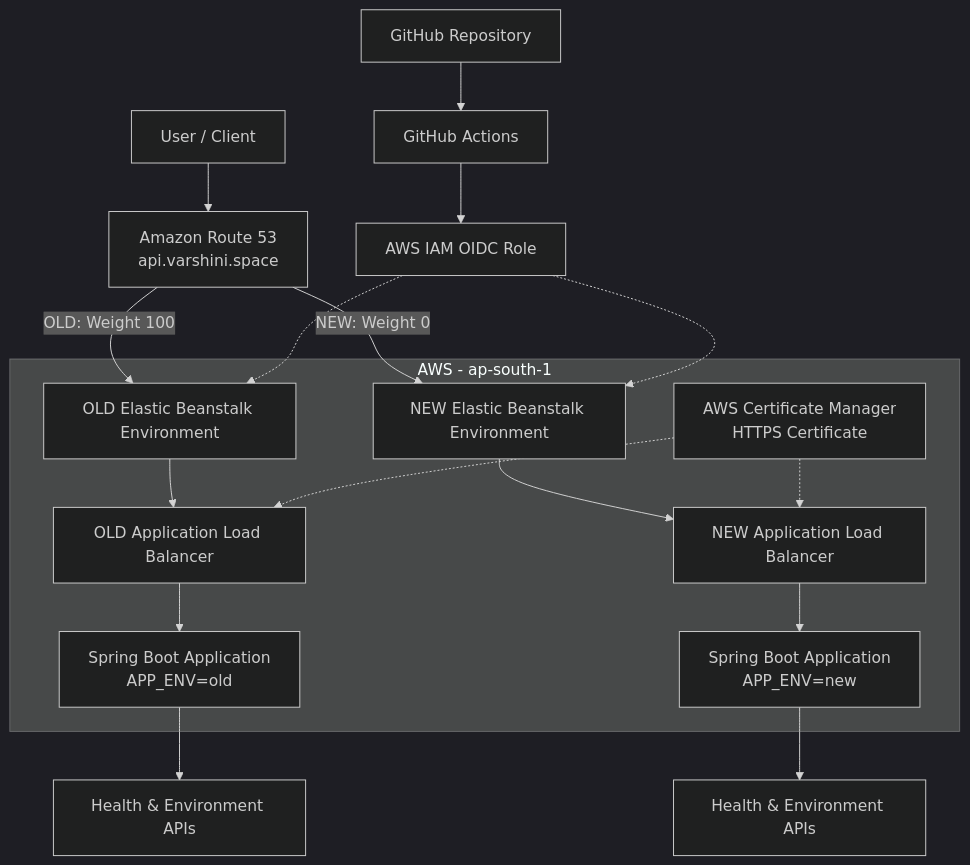
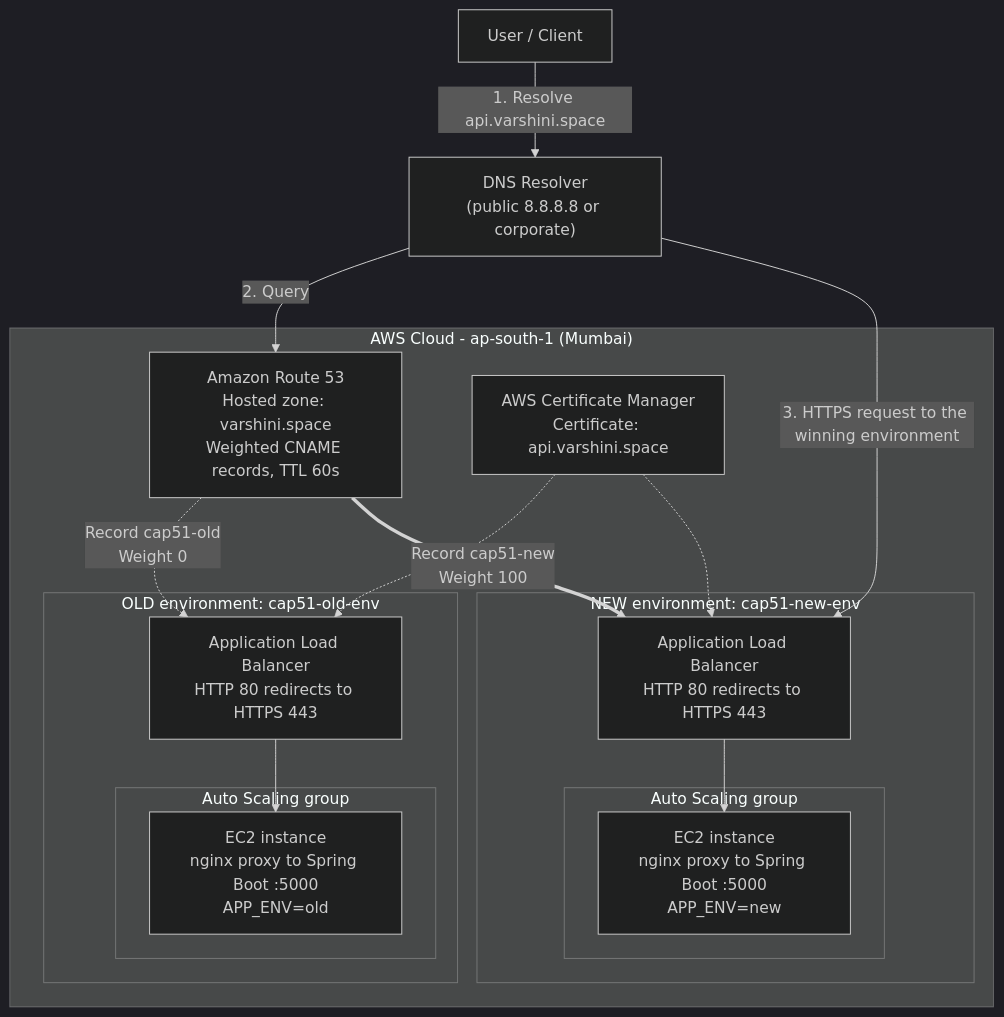
Before and after one commit to AlaguVarshini118/CAP-51: the first of 3 diagrams in README.md, drawn with Mermaid (dark theme). The commit also changed other lines of this file, not shown here.

````diff
--- a/README.md
+++ b/README.md
@@ -13,27 +39,35 @@
 ```mermaid
 flowchart TB
-    U["User / Client"] --> R53["Amazon Route 53<br/>api.varshini.space"]
+    User["User / Client"] -->|"1. Resolve api.varshini.space"| Resolver["DNS Resolver<br/>(public 8.8.8.8 or corporate)"]
+    Resolver -->|"2. Query"| R53
 
-    R53 -->|OLD: Weight 100| OLD["OLD Elastic Beanstalk Environment"]
-    R53 -->|NEW: Weight 0| NEW["NEW Elastic Beanstalk Environment"]
+    subgraph AWS["AWS Cloud - ap-south-1 (Mumbai)"]
+        R53["Amazon Route 53<br/>Hosted zone: varshini.space<br/>Weighted CNAME records, TTL 60s"]
 
-    subgraph AWS["AWS - ap-south-1"]
-        OLD --> ALB1["OLD Application Load Balancer"]
-        NEW --> ALB2["NEW Application Load Balancer"]
+        ACM["AWS Certificate Manager<br/>Certificate: api.varshini.space"]
 
-        ALB1 --> APP1["Spring Boot Application<br/>APP_ENV=old"]
-        ALB2 --> APP2["Spring Boot Application<br/>APP_ENV=new"]
+        subgraph OLDENV["OLD environment: cap51-old-env"]
+            OLDALB["Application Load Balancer<br/>HTTP 80 redirects to HTTPS 443"]
+            subgraph OLDASG["Auto Scaling group"]
+                OLDEC2["EC2 instance<br/>nginx proxy to Spring Boot :5000<br/>APP_ENV=old"]
+            end
+            OLDALB --> OLDEC2
+        end
 
-        ACM["AWS Certificate Manager<br/>HTTPS Certificate"]
-        ACM -.-> ALB1
-        ACM -.-> ALB2
+        subgraph NEWENV["NEW environment: cap51-new-env"]
+            NEWALB["Application Load Balancer<br/>HTTP 80 redirects to HTTPS 443"]
+            subgraph NEWASG["Auto Scaling group"]
+                NEWEC2["EC2 instance<br/>nginx proxy to Spring Boot :5000<br/>APP_ENV=new"]
+            end
+            NEWALB --> NEWEC2
+        end
+
+        R53 -.->|"Record cap51-old<br/>Weight 0"| OLDALB
+        R53 ==>|"Record cap51-new<br/>Weight 100"| NEWALB
+
+        ACM -.-> OLDALB
+        ACM -.-> NEWALB
     end
 
-    APP1 --> HEALTH1["Health & Environment APIs"]
-    APP2 --> HEALTH2["Health & Environment APIs"]
-
-    GH["GitHub Repository"] --> GA["GitHub Actions"]
-    GA --> OIDC["AWS IAM OIDC Role"]
-    OIDC -.-> OLD
-    OIDC -.-> NEW
+    Resolver -->|"3. HTTPS request to the winning environment"| NEWALB
 ```
````
